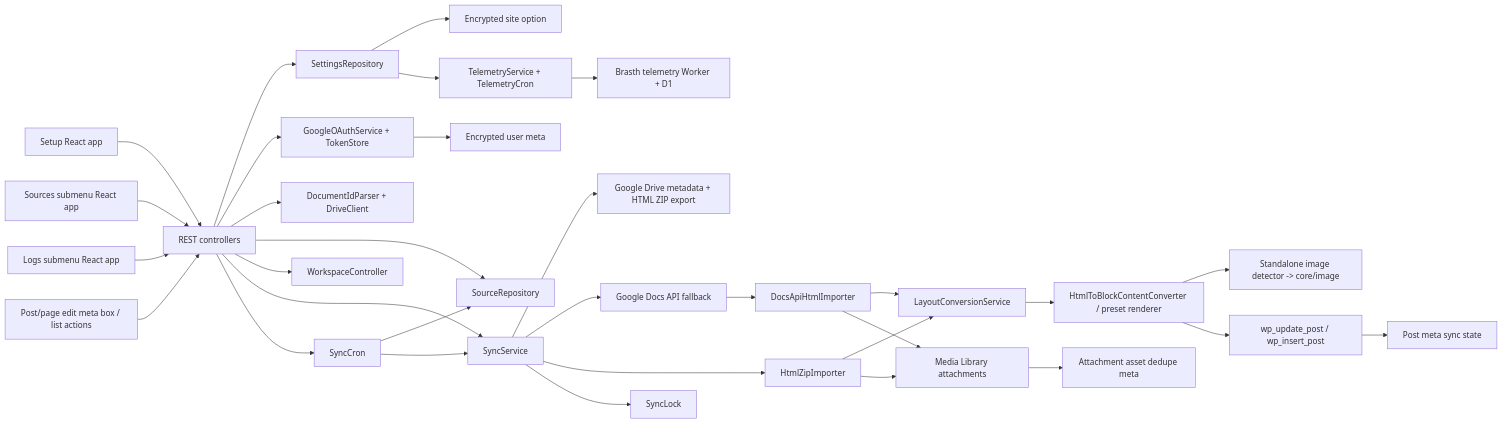
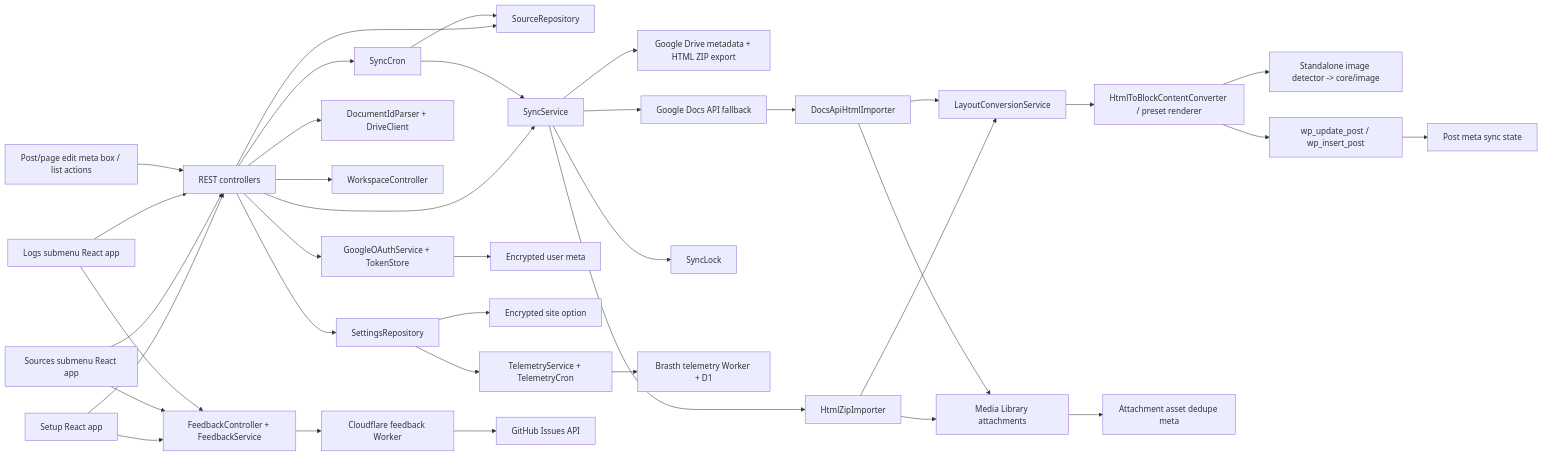
One commit to Brasth/DocSync-WP changed the first of 2 diagrams in docs/system-architecture.md. Above: the diagram before and after it, drawn with Mermaid. The commit also changed other lines of this file and 23 other files, not shown here.

Commit message:
feat(feedback): add GitHub issue submission via Worker

````diff
--- a/docs/system-architecture.md
+++ b/docs/system-architecture.md
@@ -19,34 +20,39 @@
 ```mermaid
 flowchart LR
   SetupApp["Setup React app"] --> REST["REST controllers"]
   SourcesApp["Sources submenu React app"] --> REST
   LogsApp["Logs submenu React app"] --> REST
   TargetUI["Post/page edit meta box / list actions"] --> REST
   REST --> Settings["SettingsRepository"]
   REST --> OAuth["GoogleOAuthService + TokenStore"]
   REST --> Docs["DocumentIdParser + DriveClient"]
   REST --> Sources["SourceRepository"]
   REST --> Workspace["WorkspaceController"]
   REST --> Sync["SyncService"]
   REST --> Cron["SyncCron"]
   Sync --> Drive["Google Drive metadata + HTML ZIP export"]
   Sync --> DocsAPI["Google Docs API fallback"]
   Sync --> Import["HtmlZipImporter"]
   DocsAPI --> FallbackImport["DocsApiHtmlImporter"]
   Import --> Layouts["LayoutConversionService"]
   FallbackImport --> Layouts
   Layouts --> Blocks["HtmlToBlockContentConverter / preset renderer"]
   Blocks --> NativeImages["Standalone image detector -> core/image"]
   Sync --> Lock["SyncLock"]
   Import --> Media["Media Library attachments"]
   Blocks --> WP["wp_update_post / wp_insert_post"]
   WP --> Meta["Post meta sync state"]
   Media --> AttachmentMeta["Attachment asset dedupe meta"]
   FallbackImport --> Media
   OAuth --> Tokens["Encrypted user meta"]
   Settings --> Opts["Encrypted site option"]
   Cron --> Sources
   Cron --> Sync
   Settings --> Telemetry["TelemetryService + TelemetryCron"]
   Telemetry --> Worker["Brasth telemetry Worker + D1"]
+  SetupApp --> Feedback["FeedbackController + FeedbackService"]
+  SourcesApp --> Feedback
+  LogsApp --> Feedback
+  Feedback --> FeedbackWorker["Cloudflare feedback Worker"]
+  FeedbackWorker --> Github["GitHub Issues API"]
 ```
````
